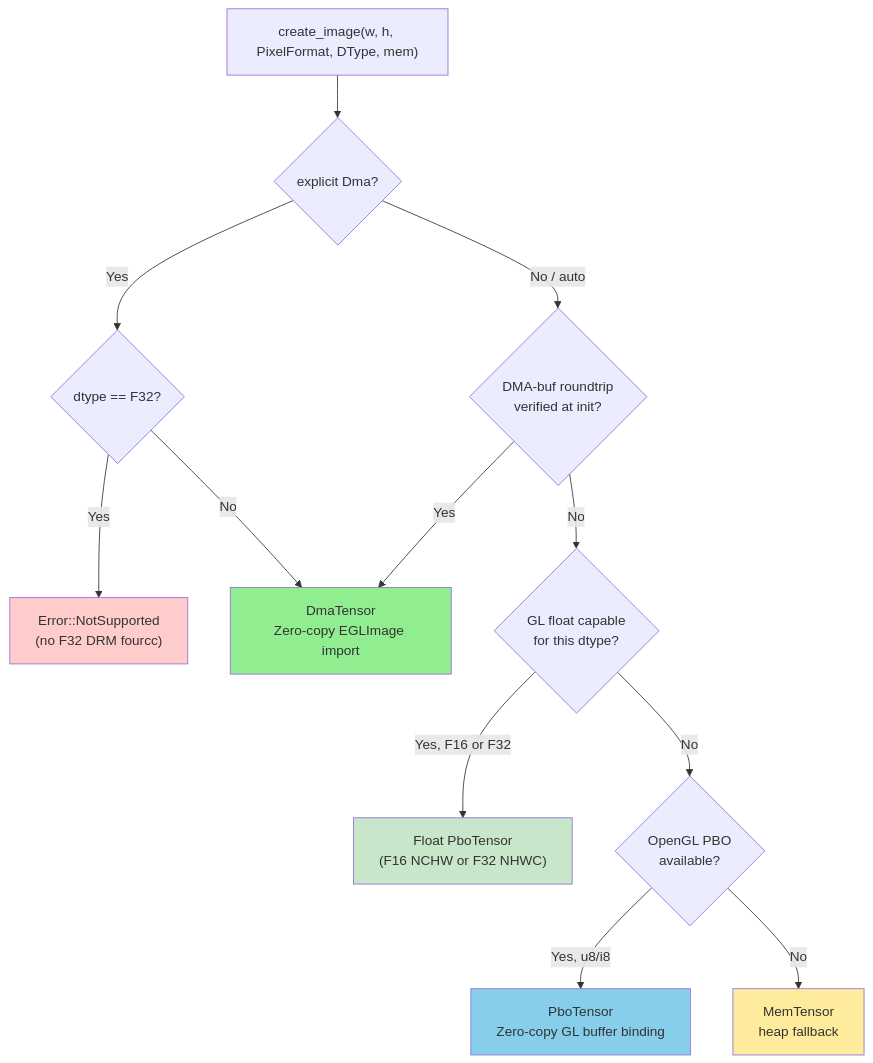
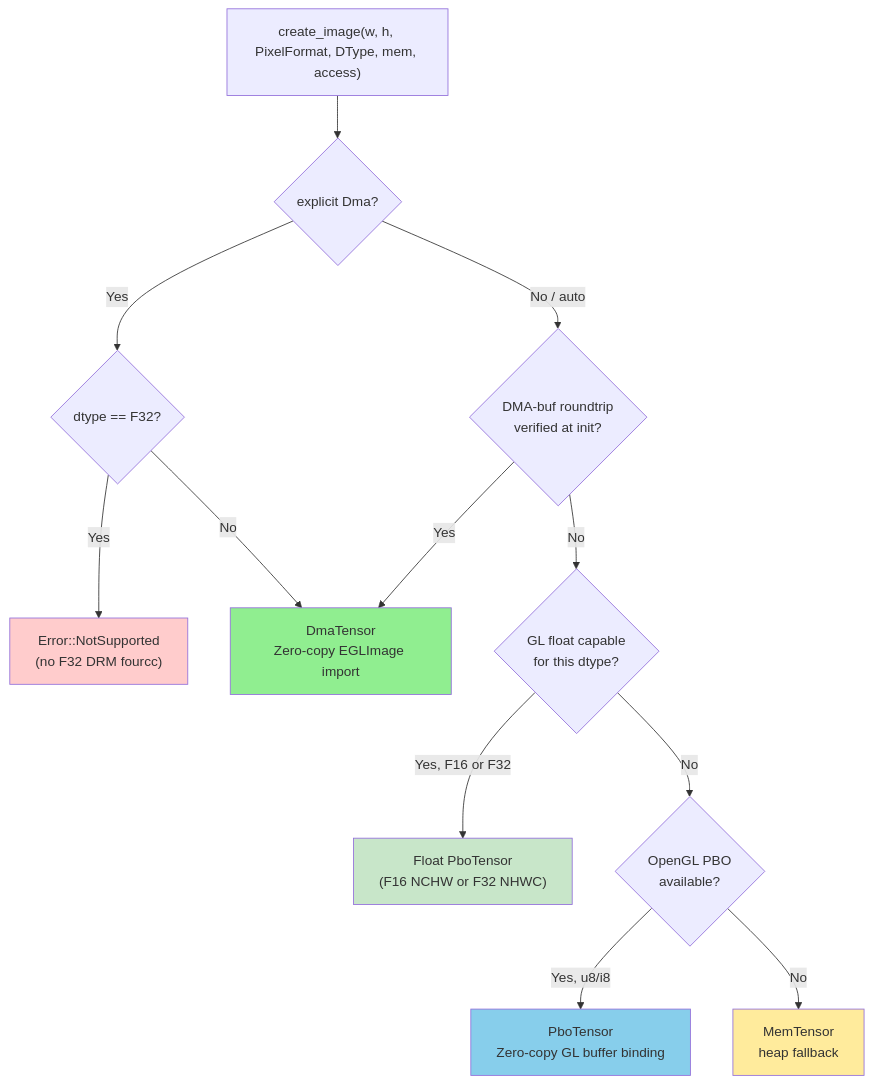
Before and after one commit to EdgeFirstAI/hal: the second of 3 diagrams in crates/image/ARCHITECTURE.md, drawn with Mermaid. The commit also changed other lines of this file and 63 other files, not shown here.

````diff
--- a/crates/image/ARCHITECTURE.md
+++ b/crates/image/ARCHITECTURE.md
@@ -145,28 +150,28 @@
 ```mermaid
 flowchart TD
-    Create["create_image(w, h, PixelFormat, DType, mem)"]
+    Create["create_image(w, h, PixelFormat, DType, mem, access)"]
     ExplicitDma{explicit Dma?}
     F32Dma{dtype == F32?}
     DMA{DMA-buf roundtrip<br/>verified at init?}
     FloatPBO{GL float capable<br/>for this dtype?}
     BytePBO{OpenGL PBO<br/>available?}
     Mem[MemTensor<br/>heap fallback]
 
     Create --> ExplicitDma
     ExplicitDma -->|Yes| F32Dma
     F32Dma -->|Yes| NotSupported["Error::NotSupported<br/>(no F32 DRM fourcc)"]
     F32Dma -->|No| UseDMA["DmaTensor<br/>Zero-copy EGLImage import"]
     ExplicitDma -->|No / auto| DMA
     DMA -->|Yes| UseDMA
     DMA -->|No| FloatPBO
     FloatPBO -->|Yes, F16 or F32| UseFloatPBO["Float PboTensor<br/>(F16 NCHW or F32 NHWC)"]
     FloatPBO -->|No| BytePBO
     BytePBO -->|Yes, u8/i8| UsePBO["PboTensor<br/>Zero-copy GL buffer binding"]
     BytePBO -->|No| Mem
 
     style UseDMA fill:#90ee90
     style UseFloatPBO fill:#c8e6c9
     style UsePBO fill:#87ceeb
     style Mem fill:#ffeb9c
     style NotSupported fill:#ffcccc
 ```
````
